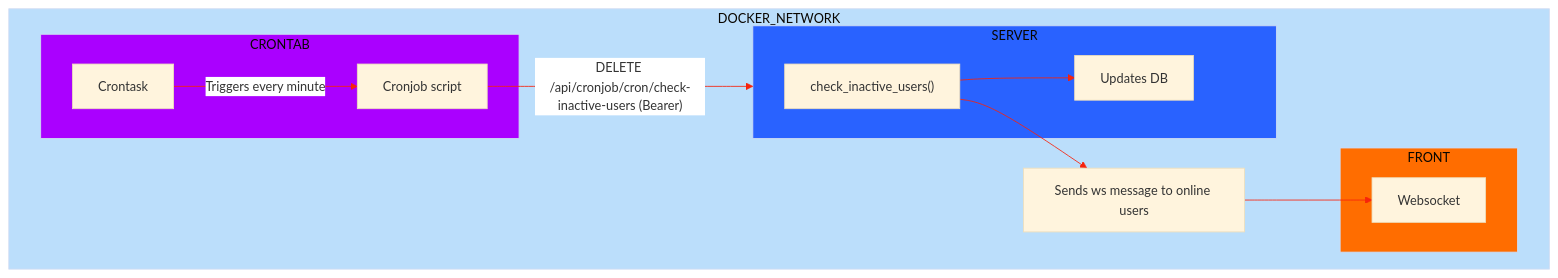
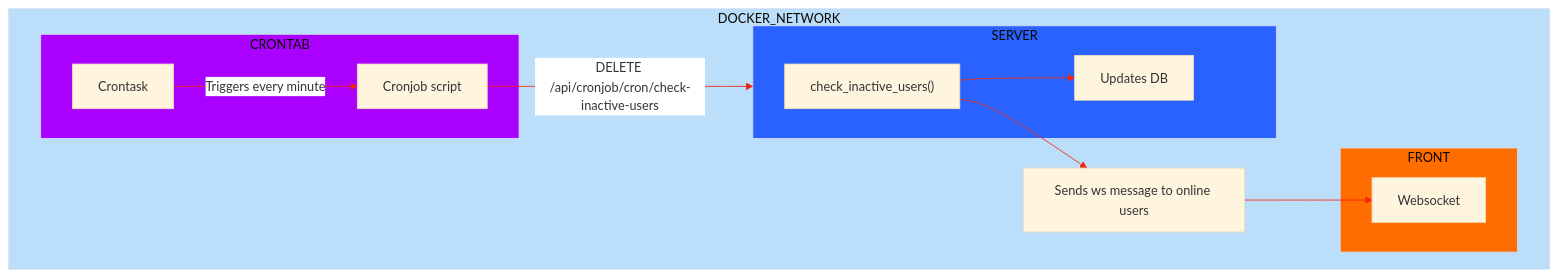
The diagram in doc/crontab/CRONTAB.md (ysengoku/42-ft_transcendence), drawn with Mermaid before and after one commit. The commit also changed other lines of this file, not shown here.

Commit message:
minor: removed Bearer in the mermaid schema

````diff
--- a/doc/crontab/CRONTAB.md
+++ b/doc/crontab/CRONTAB.md
@@ -140,41 +89,41 @@
 ```mermaid
 ---
 config:
   layout: dagre
   look: classic
   theme: base
   themeVariables:
     lineColor: '#f7230c'
     textColor: '#191919'
     fontSize: 15px
     nodeTextColor: '#000'
     edgeLabelBackground: '#fff'
 ---
 flowchart TD
 subgraph CRONJOB["CRONTAB"]
 A["Cronjob script"]
 T["Crontask"]
 end
 subgraph SERVER["SERVER"]
 D["check_inactive_users()"]
 E["Updates DB"]
 end
 subgraph FRONT["FRONT"]
 W["Websocket"]
 end
 subgraph DOCKER_NETWORK["DOCKER_NETWORK"]
 CRONJOB
 F["Sends ws message to online users"]
 SERVER
 FRONT
 end
 T -- "Triggers every minute" --> A
-A -- "DELETE /api/cronjob/cron/check-inactive-users (Bearer)" --> SERVER
+A -- "DELETE /api/cronjob/cron/check-inactive-users" --> SERVER
 D --> E
 D --> F --> W
 
     style CRONJOB fill:#AA00FF
     style SERVER fill:#2962FF
     style FRONT fill:#FF6D00
     style DOCKER_NETWORK fill:#BBDEFB
 ```
````
